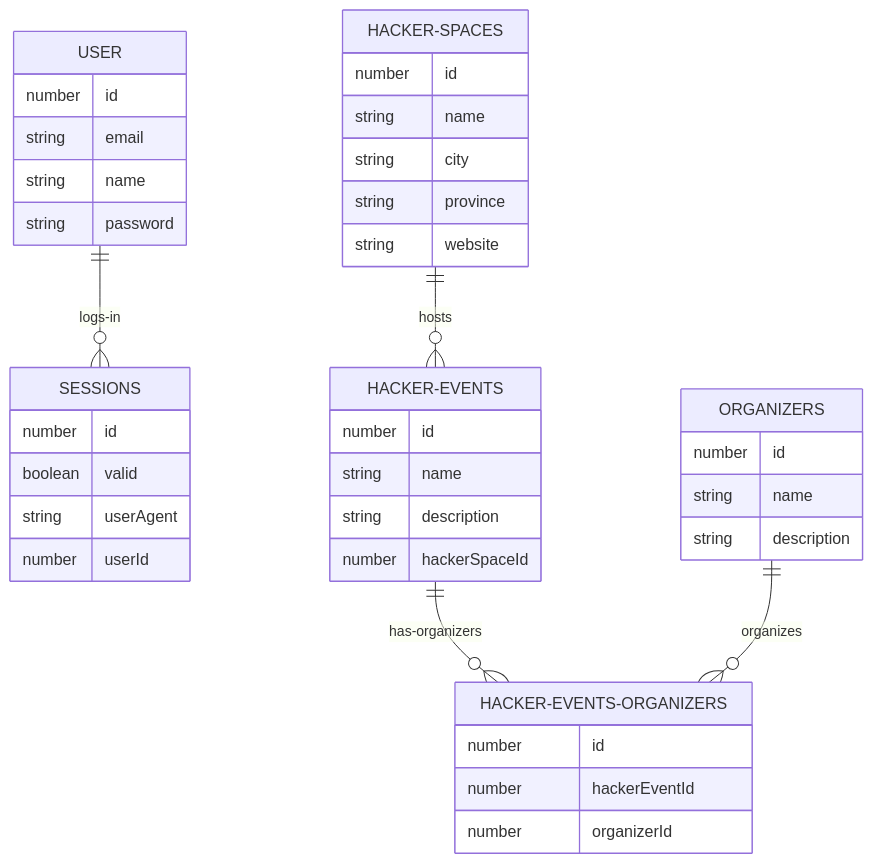
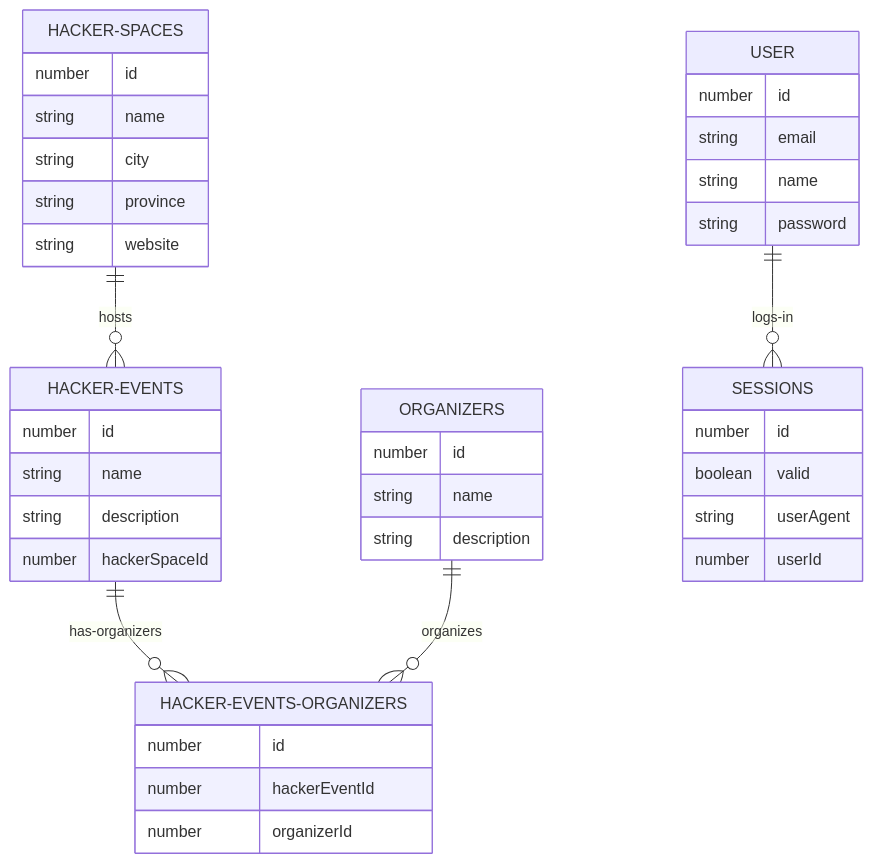
Before and after one commit to hackhub-nl/hackhub-api-poc: the diagram in README.md, drawn with Mermaid. The commit also changed other lines of this file, not shown here.

````diff
--- a/README.md
+++ b/README.md
@@ -24,43 +11,43 @@
 ```mermaid
 erDiagram
-    USER ||--o{ SESSIONS : logs-in
-    USER {
-        number id
-        string email
-        string name
-        string password
-    }
-    SESSIONS
-    SESSIONS {
-        number id
-        boolean valid
-        string userAgent
-        number userId
-    }
     HACKER-EVENTS-ORGANIZERS {
         number id
         number hackerEventId
         number organizerId
     }
     HACKER-EVENTS ||--o{ HACKER-EVENTS-ORGANIZERS : has-organizers 
     HACKER-EVENTS {
         number id
         string name
         string description
         number hackerSpaceId
     }
     HACKER-SPACES ||--o{ HACKER-EVENTS : hosts 
     HACKER-SPACES {
         number id
         string name
         string city
         string province
         string website
     }
     ORGANIZERS ||--o{ HACKER-EVENTS-ORGANIZERS : organizes
     ORGANIZERS {
         number id
         string name
         string description
     }
+    USER ||--o{ SESSIONS : logs-in
+    USER {
+        number id
+        string email
+        string name
+        string password
+    }
+    SESSIONS
+    SESSIONS {
+        number id
+        boolean valid
+        string userAgent
+        number userId
+    }
 ```
````
